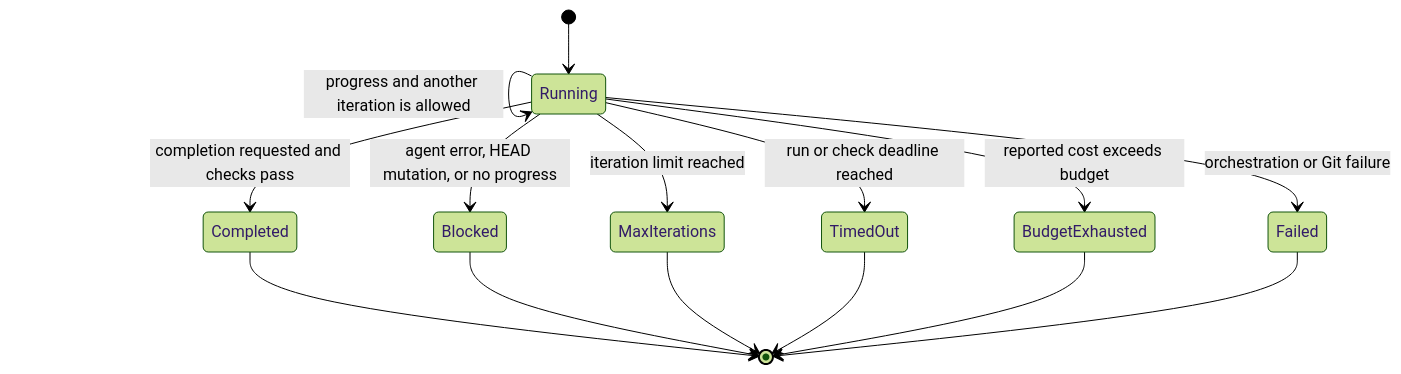
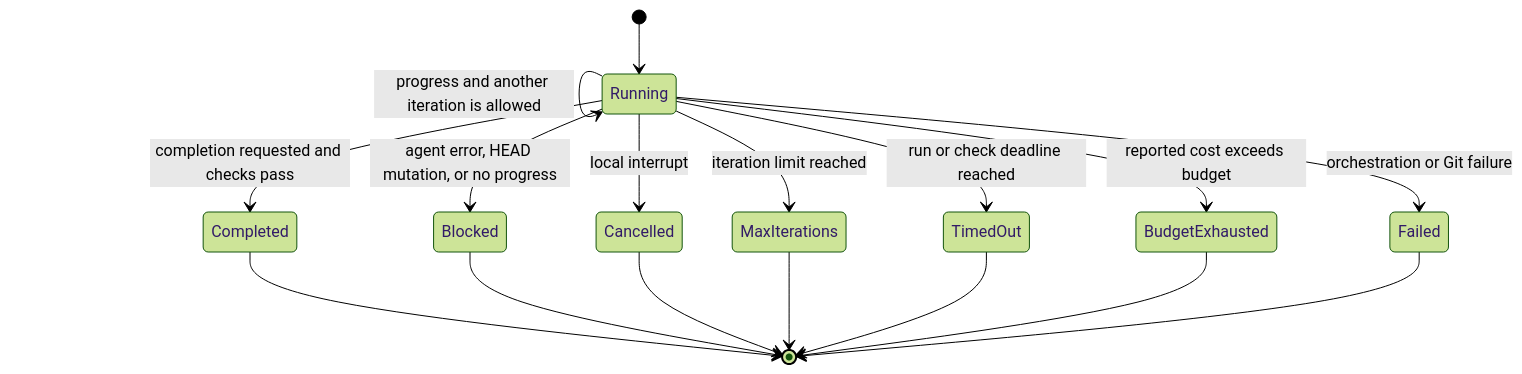
Before and after one commit to OctopusGarage/ralphworks: the second of 3 diagrams in docs/ARCHITECTURE.md, drawn with Mermaid (forest theme). The commit also changed other lines of this file and 16 other files, not shown here.

````diff
--- a/docs/ARCHITECTURE.md
+++ b/docs/ARCHITECTURE.md
@@ -43,17 +43,19 @@
 ```mermaid
 stateDiagram-v2
     [*] --> Running
     Running --> Running: progress and another iteration is allowed
     Running --> Completed: completion requested and checks pass
     Running --> Blocked: agent error, HEAD mutation, or no progress
+    Running --> Cancelled: local interrupt
     Running --> MaxIterations: iteration limit reached
     Running --> TimedOut: run or check deadline reached
     Running --> BudgetExhausted: reported cost exceeds budget
     Running --> Failed: orchestration or Git failure
     Completed --> [*]
     Blocked --> [*]
+    Cancelled --> [*]
     MaxIterations --> [*]
     TimedOut --> [*]
     BudgetExhausted --> [*]
     Failed --> [*]
 ```
````
